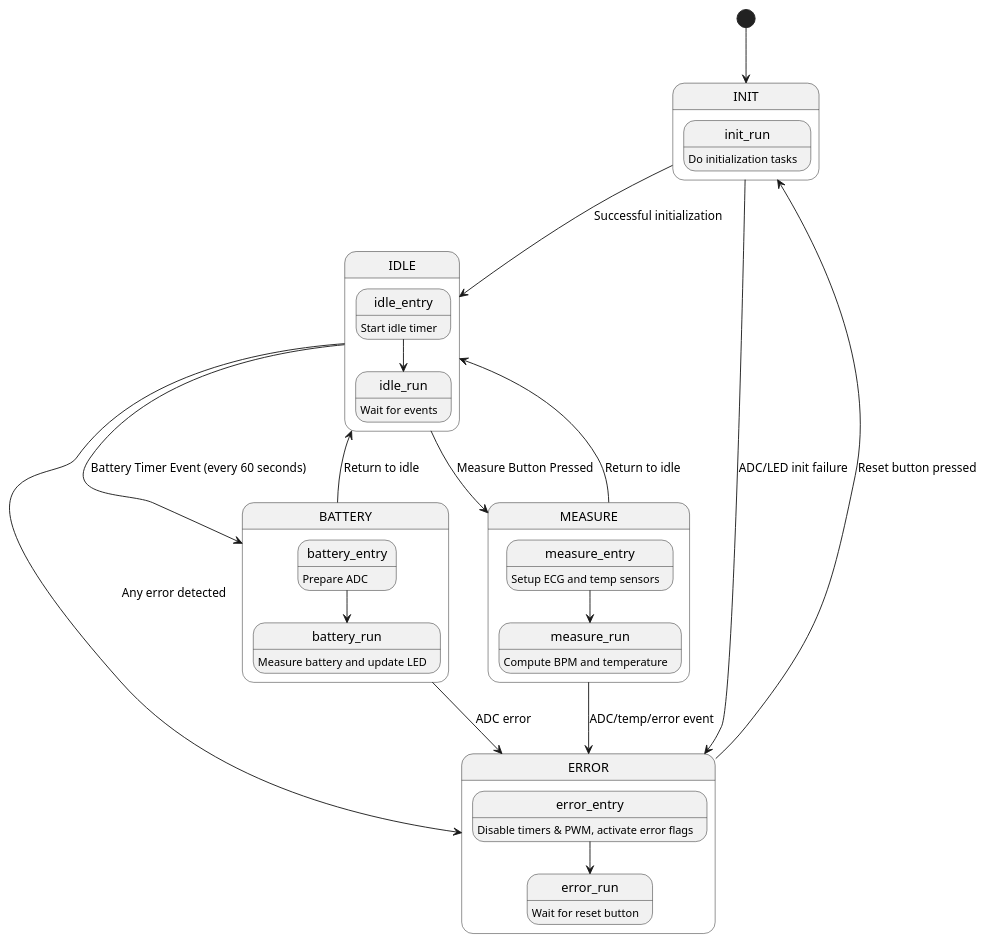
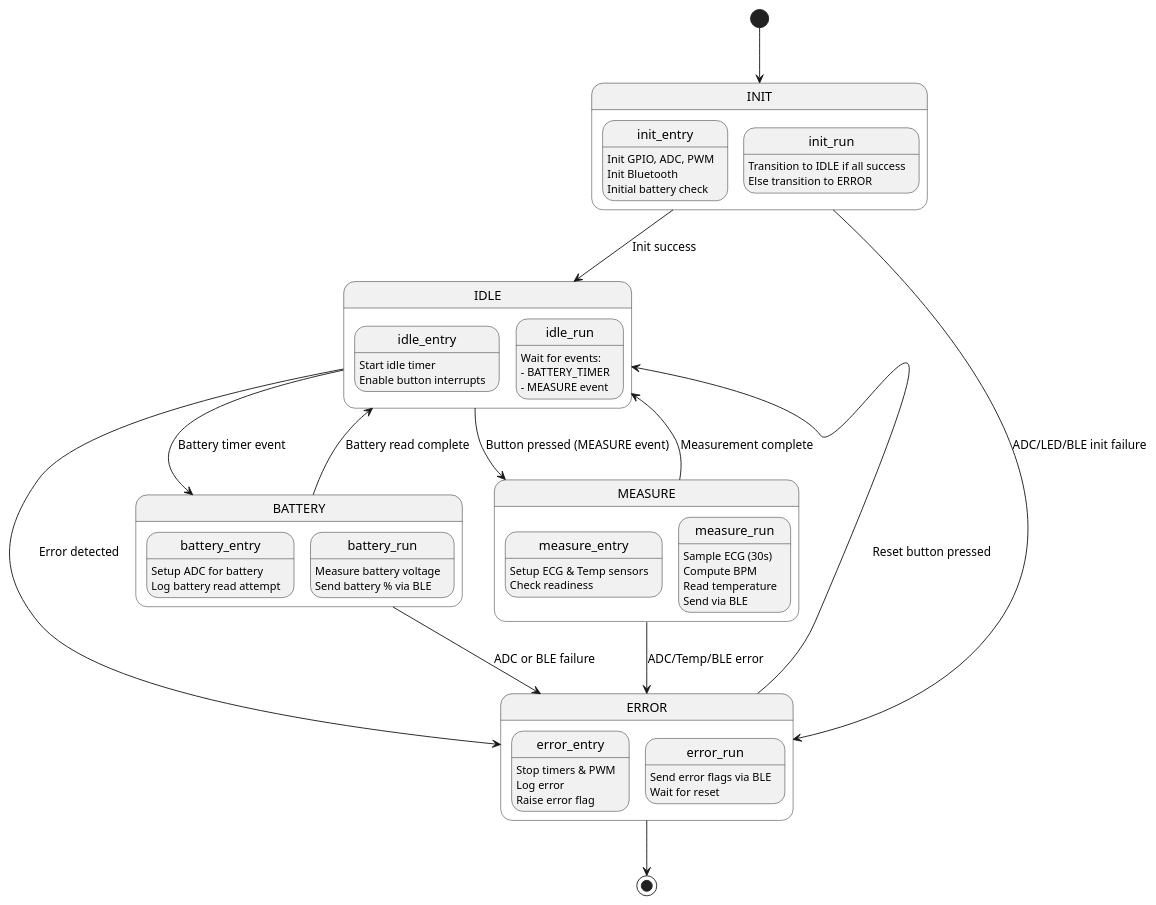
One commit to ArshSingh02/ecg-temp-ble-project changed the diagram in state_diagram.puml. Above: the diagram before and after it, drawn with PlantUML. The commit also changed 1 other file, not shown here.

Commit message:
Updated state diagram to include bluetooth functionality. Error goes to Idle now.

```diff
--- a/state_diagram.puml
+++ b/state_diagram.puml
@@ -1,46 +1,42 @@
 @startuml
 top to bottom direction
 
 [*] --> INIT
 
 state INIT {
-    init_run: Do initialization tasks
+    init_entry: Init GPIO, ADC, PWM\nInit Bluetooth\nInitial battery check
+    init_run: Transition to IDLE if all success\nElse transition to ERROR
 }
-
-INIT --> IDLE : Successful initialization
-INIT --> ERROR : ADC/LED init failure
+INIT --> IDLE : Init success  
+INIT --> ERROR : ADC/LED/BLE init failure
 
 state IDLE {
-    idle_entry: Start idle timer  
-    idle_entry --> idle_run
-    idle_run: Wait for events  
+    idle_entry: Start idle timer\nEnable button interrupts  
+    idle_run: Wait for events:\n- BATTERY_TIMER\n- MEASURE event  
 }
-
-IDLE --> BATTERY : Battery Timer Event (every 60 seconds)
-IDLE --> MEASURE : Measure Button Pressed
-IDLE --> ERROR : Any error detected
+IDLE --> BATTERY : Battery timer event  
+IDLE --> MEASURE : Button pressed (MEASURE event)  
+IDLE --> ERROR : Error detected  
 
 state BATTERY {
-    battery_entry: Prepare ADC  
-    battery_entry --> battery_run  
-    battery_run: Measure battery and update LED  
+    battery_entry: Setup ADC for battery\nLog battery read attempt  
+    battery_run: Measure battery voltage\nSend battery % via BLE  
 }
-BATTERY --> IDLE : Return to idle
-BATTERY --> ERROR : ADC error
+BATTERY --> IDLE : Battery read complete  
+BATTERY --> ERROR : ADC or BLE failure  
 
 state MEASURE {
-    measure_entry: Setup ECG and temp sensors  
-    measure_entry --> measure_run  
-    measure_run: Compute BPM and temperature  
+    measure_entry: Setup ECG & Temp sensors\nCheck readiness  
+    measure_run: Sample ECG (30s)\nCompute BPM\nRead temperature\nSend via BLE  
 }
-MEASURE --> IDLE : Return to idle
-MEASURE --> ERROR : ADC/temp/error event
+MEASURE --> IDLE : Measurement complete  
+MEASURE --> ERROR : ADC/Temp/BLE error  
 
 state ERROR {
-    error_entry: Disable timers & PWM, activate error flags
-    error_entry --> error_run
-    error_run: Wait for reset button
+    error_entry: Stop timers & PWM\nLog error\nRaise error flag  
+    error_run: Send error flags via BLE\nWait for reset  
 }
-ERROR --> INIT : Reset button pressed
+ERROR --> IDLE : Reset button pressed
+ERROR --> [*]
 
 @enduml
```
